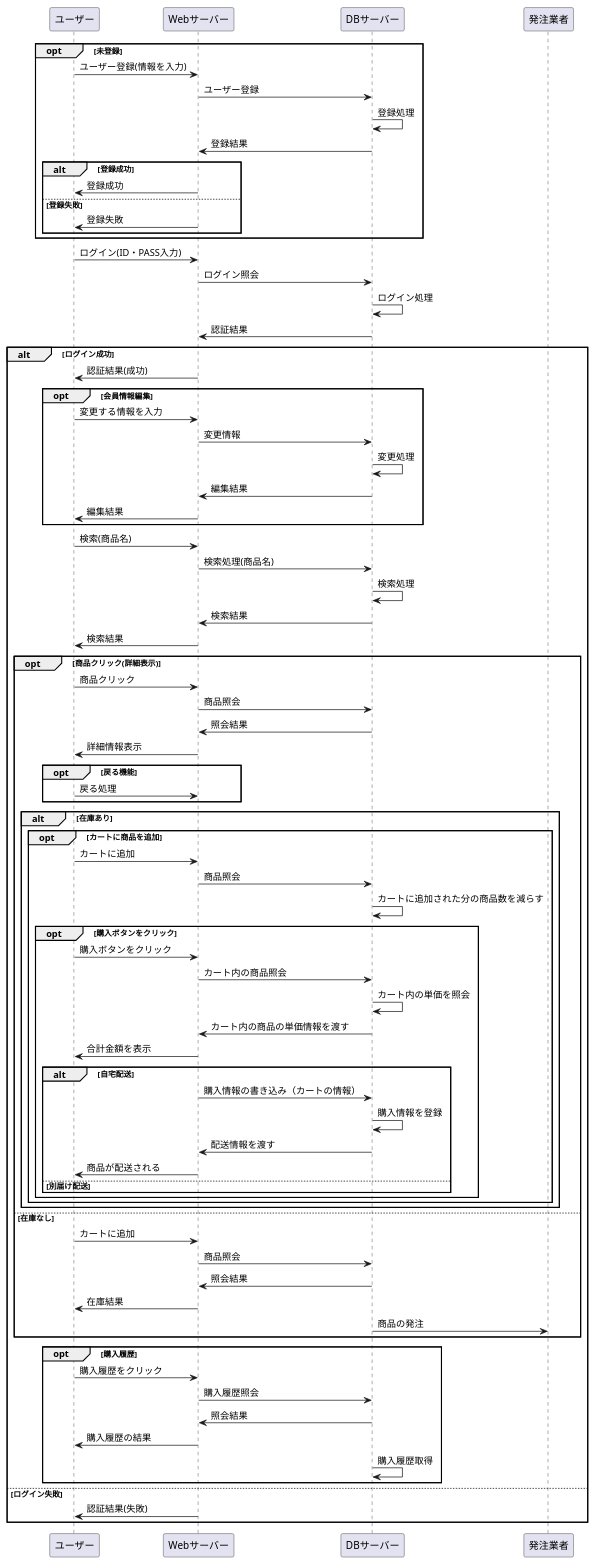
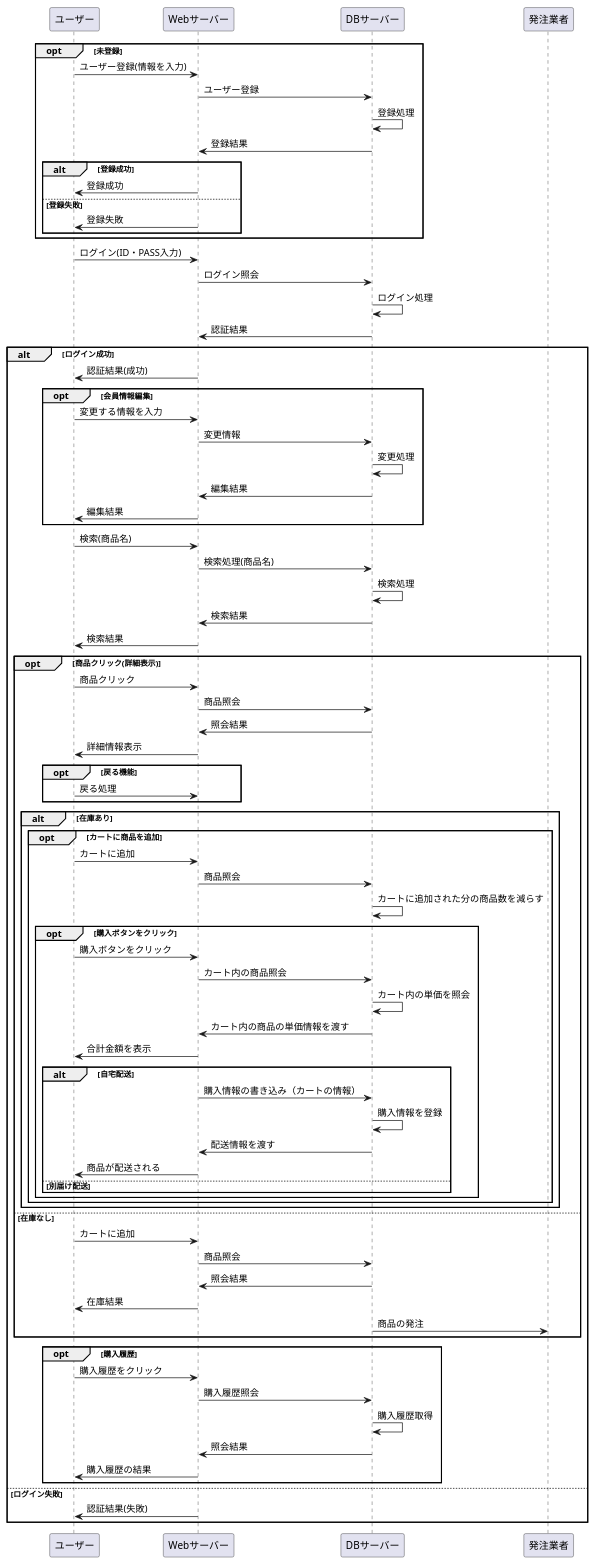
One commit to Aso2001227/Aso-Sports-1 changed the diagram in 設計書/02_業務フロー/business-flow-test.md. Above: the diagram before and after it, drawn with PlantUML. The commit also changed other lines of this file, not shown here.

```diff
--- a/設計書/02_業務フロー/business-flow-test.md
+++ b/設計書/02_業務フロー/business-flow-test.md
@@ -89,9 +89,9 @@
 opt 購入履歴
 ユーザー ->Webサーバー :購入履歴をクリック
 Webサーバー -> DBサーバー :購入履歴照会
+DBサーバー -> DBサーバー :購入履歴取得
 DBサーバー -> Webサーバー :照会結果
 Webサーバー -> ユーザー :購入履歴の結果
-DBサーバー -> DBサーバー :購入履歴取得
 end
 else ログイン失敗
 Webサーバー -> ユーザー : 認証結果(失敗)
```
